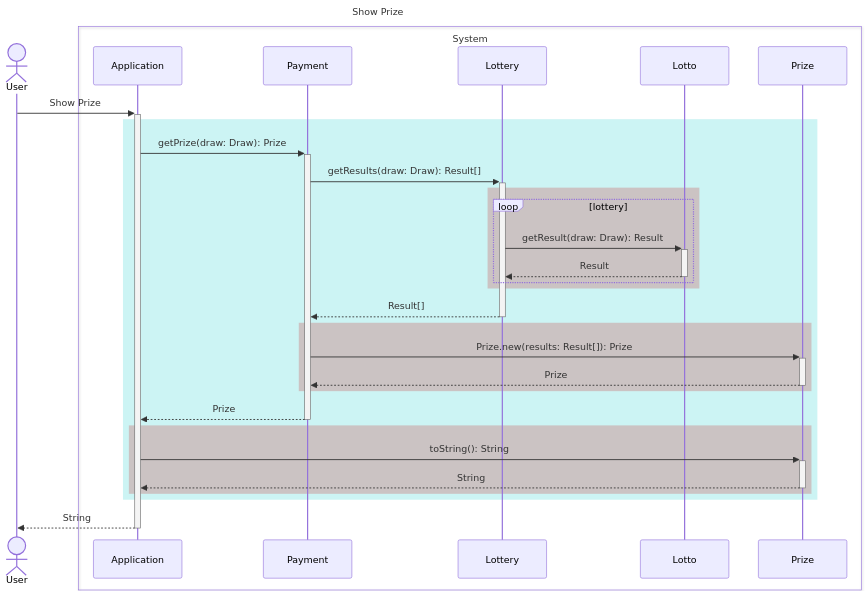
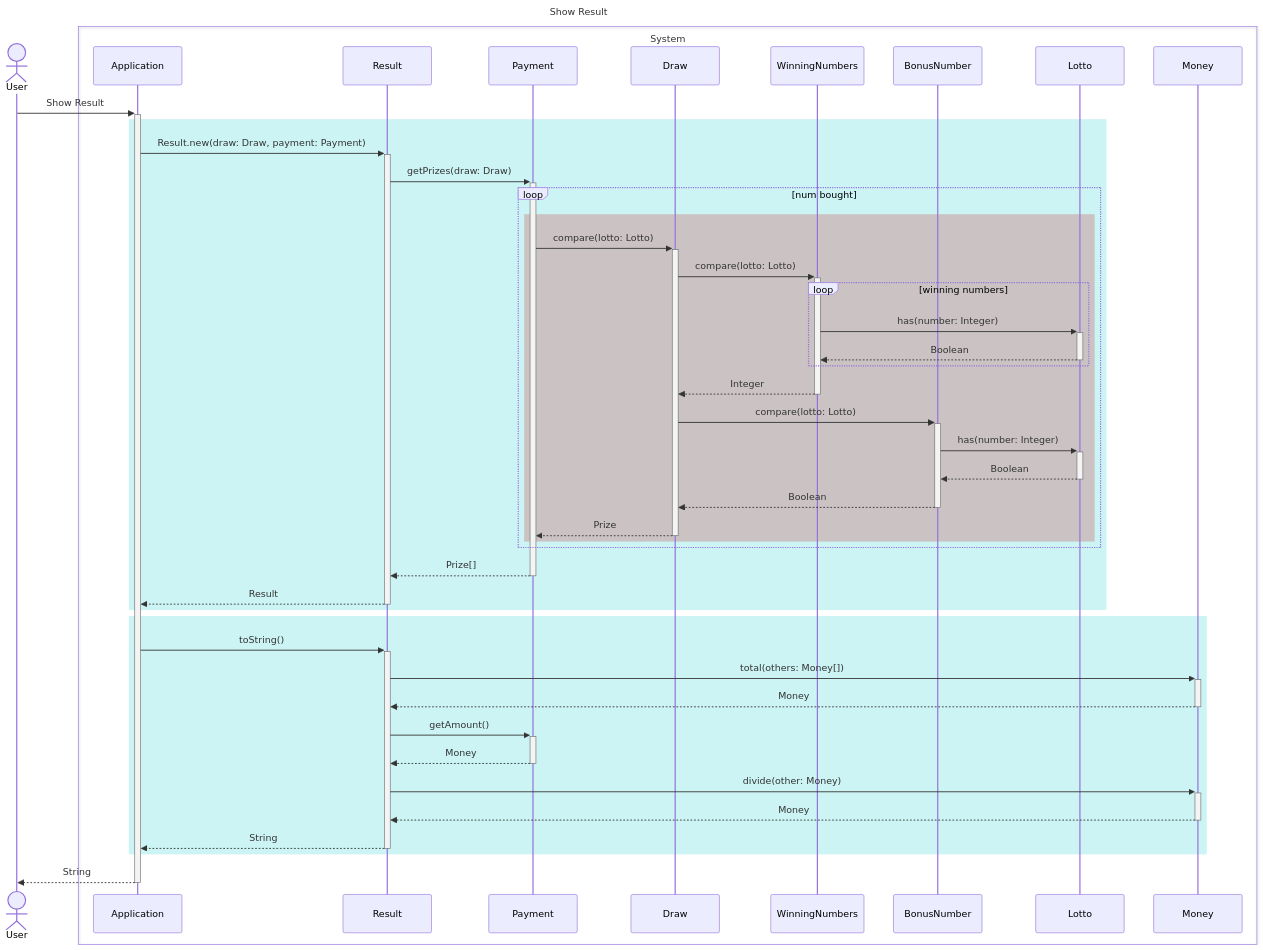
One commit to gdsc-konkuk/23-24_study_2nd_java-lotto-6 changed the fifth of 6 diagrams in docs/README.md. Above: the diagram before and after it, drawn with Mermaid. The commit also changed other lines of this file, not shown here.

````diff
--- a/docs/README.md
+++ b/docs/README.md
@@ -249,40 +237,58 @@
 ```mermaid
 ---
-title: Show Prize
+title: Show Result
 ---
 sequenceDiagram
     actor User
     box System
         participant Application
+        participant Result
         participant Payment
-        participant Lottery
+        participant Draw
+        participant WinningNumbers
+        participant BonusNumber
         participant Lotto
-        participant Prize
+        participant Money
     end
 
-    User ->>+ Application: Show Prize
+    User ->>+ Application: Show Result
     rect rgb(0, 200, 200, 0.2)
-        Application ->>+ Payment: getPrize(draw: Draw): Prize
-        Payment ->>+ Lottery: getResults(draw: Draw): Result[]
+        Application ->>+ Result: Result.new(draw: Draw, payment: Payment)
+        Result ->>+ Payment: getPrizes(draw: Draw)
 
-        rect rgb(200, 0, 0, 0.2)
-            loop lottery
-                Lottery ->>+ Lotto: getResult(draw: Draw): Result
-                Lotto -->>- Lottery: Result
+        loop num bought
+            rect rgb(200, 0, 0, 0.2)
+                Payment ->>+ Draw: compare(lotto: Lotto)
+                Draw ->>+ WinningNumbers: compare(lotto: Lotto)
+
+                loop winning numbers
+                    WinningNumbers ->>+ Lotto: has(number: Integer)
+                    Lotto -->>- WinningNumbers: Boolean
+                end
+
+                WinningNumbers -->>- Draw: Integer
+                Draw ->>+ BonusNumber: compare(lotto: Lotto)
+                BonusNumber ->>+ Lotto: has(number: Integer)
+                Lotto -->>- BonusNumber: Boolean
+                BonusNumber -->>- Draw: Boolean
+                Draw -->>- Payment: Prize
             end
         end
-        Lottery -->>- Payment: Result[]
 
-        rect rgb(200, 0, 0, 0.2)
-            Payment ->>+ Prize: Prize.new(results: Result[]): Prize
-            Prize -->>- Payment: Prize
-        end
-        Payment -->>- Application: Prize
+        Payment -->>- Result: Prize[]
+        Result -->>- Application: Result
+    end
 
-        rect rgb(200, 0, 0, 0.2)
-            Application ->>+ Prize: toString(): String
-            Prize -->>- Application: String
-        end
+    rect rgb(0, 200, 200, 0.2)
+        Application ->>+ Result: toString()
+        Result ->>+ Money: total(others: Money[])
+        Money -->>- Result: Money
+        Result ->>+ Payment: getAmount()
+        Payment -->>- Result: Money
+        Result ->>+ Money: divide(other: Money)
+        Money -->>- Result: Money
+        Result -->>- Application: String
     end
+
     Application -->>- User: String
 ```
````
